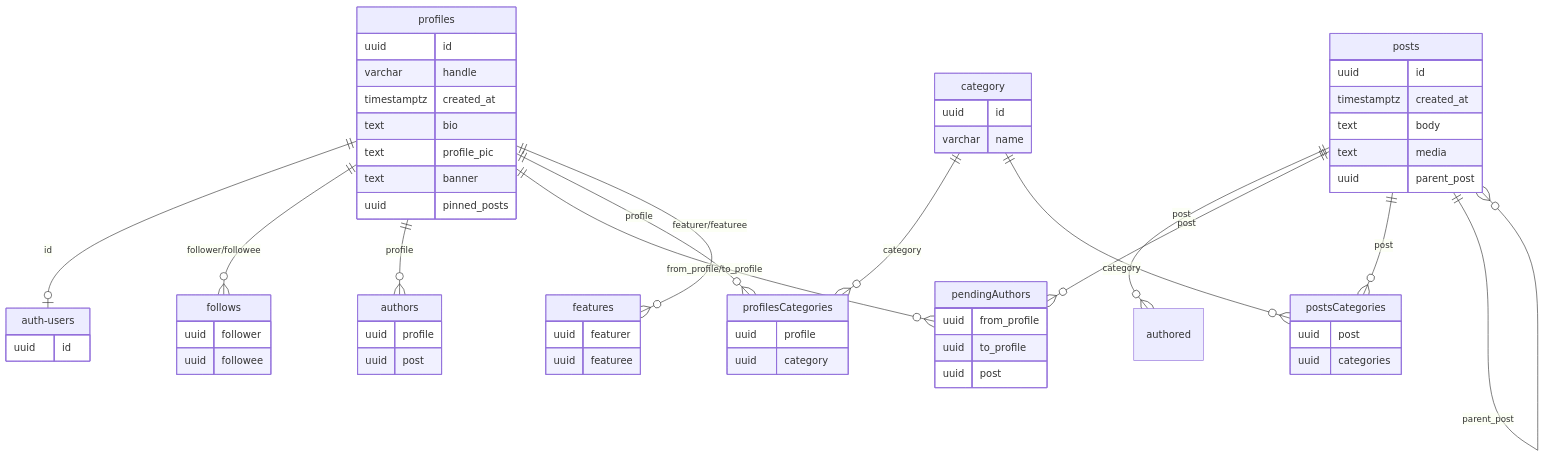
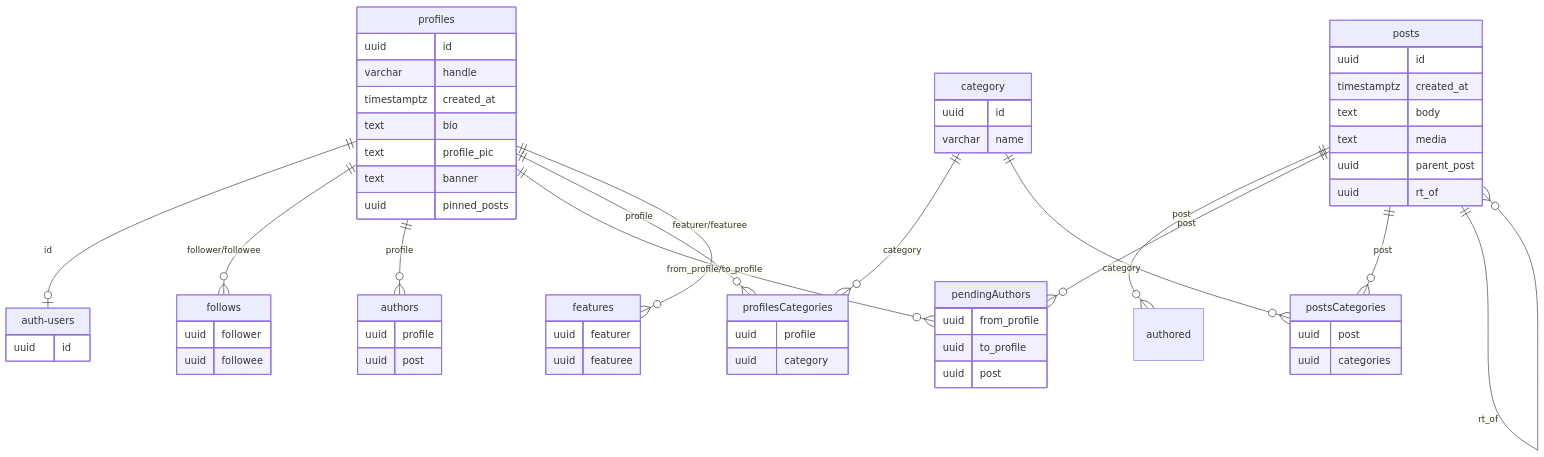
The diagram in supabase/README.md (AFCMS/malley), drawn with Mermaid before and after one commit. The commit also changed other lines of this file and 4 other files, not shown here.

````diff
--- a/supabase/README.md
+++ b/supabase/README.md
@@ -48,76 +49,79 @@
 ```mermaid
 erDiagram
     profiles {
         uuid id
         varchar handle
         timestamptz created_at
         text bio
         text profile_pic
         text banner
         uuid pinned_posts
     }
 
     posts {
         uuid id
         timestamptz created_at
         text body
         text media
         uuid parent_post
+        uuid rt_of
     }
 
     authors {
         uuid profile
         uuid post
     }
 
     pendingAuthors {
         uuid from_profile
         uuid to_profile
         uuid post
     }
 
     category {
         uuid id
         varchar name
     }
 
     follows {
         uuid follower
         uuid followee
     }
 
     features {
         uuid featurer
         uuid featuree
     }
 
     profilesCategories {
         uuid profile
         uuid category
     }
 
     postsCategories {
         uuid post
         uuid categories
     }
 
     auth-users {
         uuid id
     }
 
     profiles ||--o| auth-users : "id"
     profiles ||--o{ follows : "follower/followee"
     profiles ||--o{ authors : "profile"
     profiles ||--o{ pendingAuthors : "from_profile/to_profile"
     profiles ||--o{ profilesCategories : "profile"
 
     posts ||--o{ authored : "post"
     posts ||--o{ pendingAuthors : "post"
     posts ||--o{ postsCategories : "post"
     posts ||--o{ posts : "parent_post"
+    posts ||--o{ posts : "rt_of"
+
 
     category ||--o{ profilesCategories : "category"
     category ||--o{ postsCategories : "category"
 
     profiles ||--o{ features : "featurer/featuree"
 ```
````
